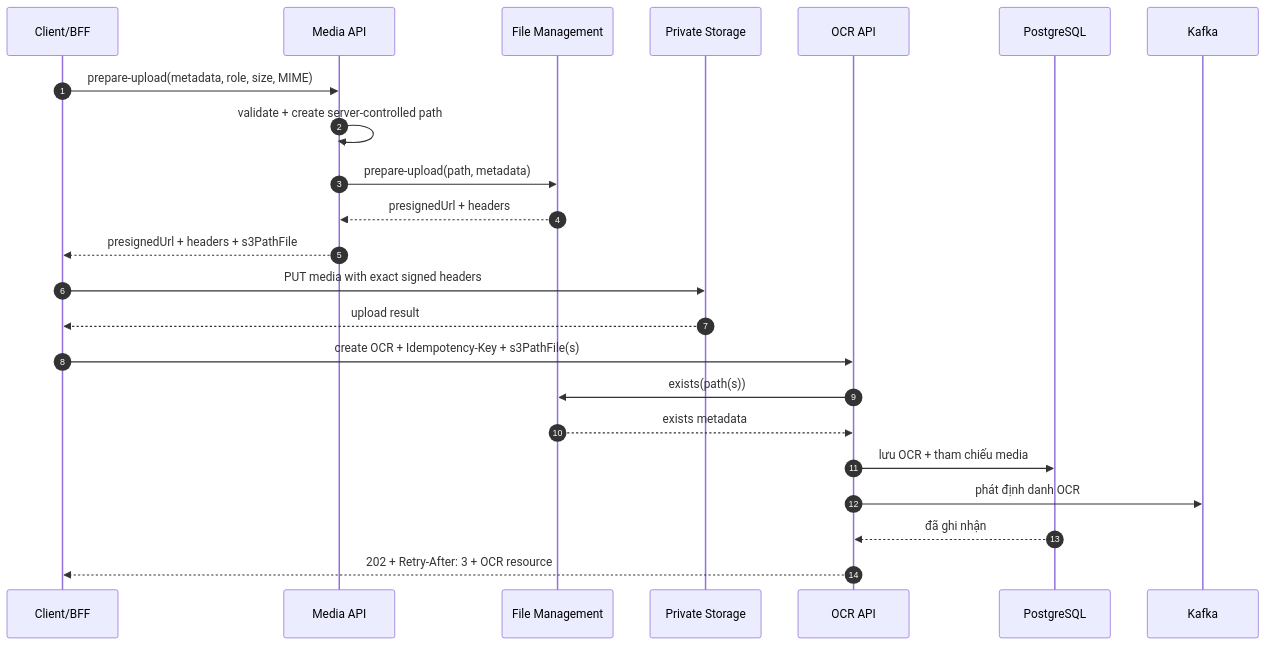
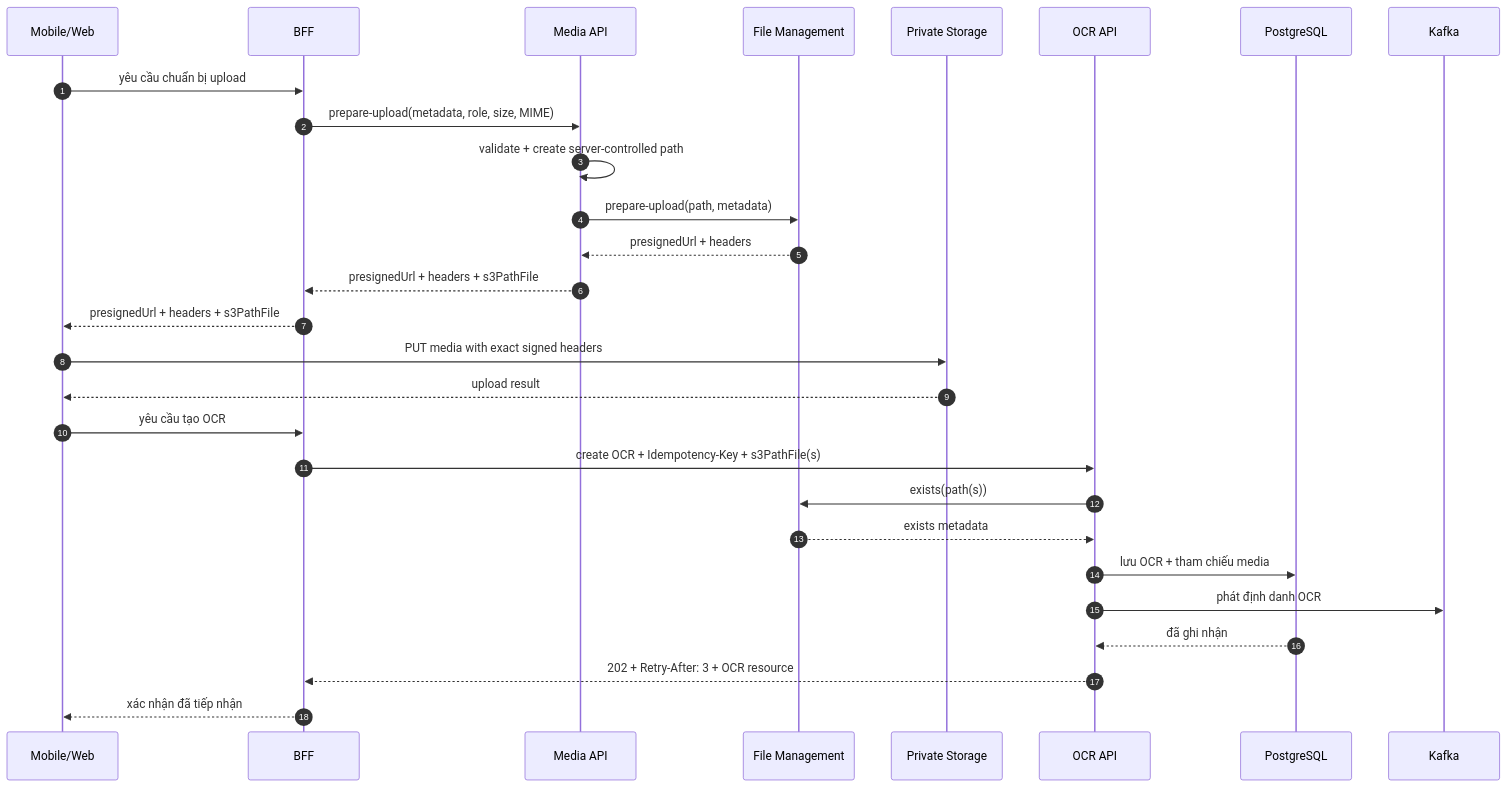
Before and after one commit to huynv-xyz/vhm: the eighth of 12 diagrams in tdd-ocr-ekyc.md, drawn with Mermaid. The commit also changed other lines of this file, not shown here.

````diff
--- a/tdd-ocr-ekyc.md
+++ b/tdd-ocr-ekyc.md
@@ -865,26 +878,31 @@
 ```mermaid
 sequenceDiagram
     autonumber
-    participant C as Client/BFF
+    participant C as Mobile/Web
+    participant B as BFF
     participant M as Media API
     participant F as File Management
     participant S as Private Storage
     participant A as OCR API
     participant D as PostgreSQL
     participant K as Kafka
 
-    C->>M: prepare-upload(metadata, role, size, MIME)
+    C->>B: yêu cầu chuẩn bị upload
+    B->>M: prepare-upload(metadata, role, size, MIME)
     M->>M: validate + create server-controlled path
     M->>F: prepare-upload(path, metadata)
     F-->>M: presignedUrl + headers
-    M-->>C: presignedUrl + headers + s3PathFile
+    M-->>B: presignedUrl + headers + s3PathFile
+    B-->>C: presignedUrl + headers + s3PathFile
     C->>S: PUT media with exact signed headers
     S-->>C: upload result
-    C->>A: create OCR + Idempotency-Key + s3PathFile(s)
+    C->>B: yêu cầu tạo OCR
+    B->>A: create OCR + Idempotency-Key + s3PathFile(s)
     A->>F: exists(path(s))
     F-->>A: exists metadata
     A->>D: lưu OCR + tham chiếu media
     A->>K: phát định danh OCR
     D-->>A: đã ghi nhận
-    A-->>C: 202 + Retry-After: 3 + OCR resource
+    A-->>B: 202 + Retry-After: 3 + OCR resource
+    B-->>C: xác nhận đã tiếp nhận
 ```
````
